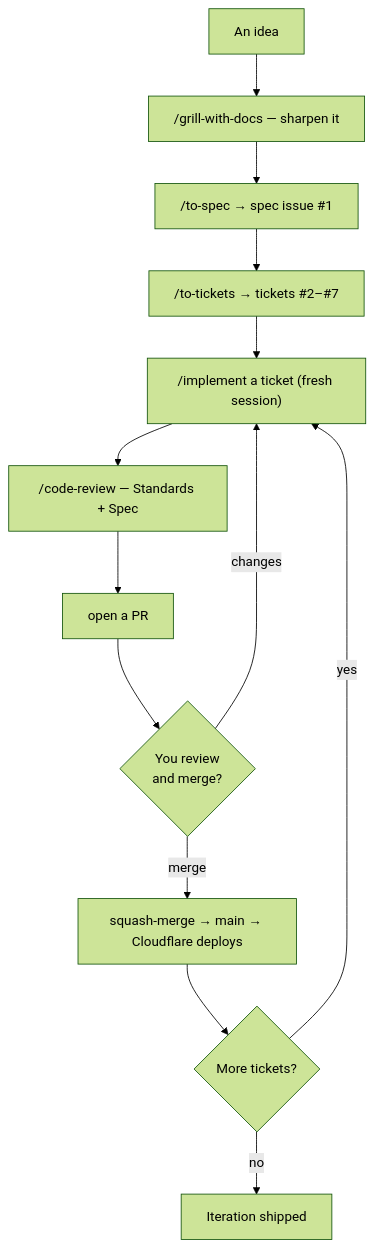
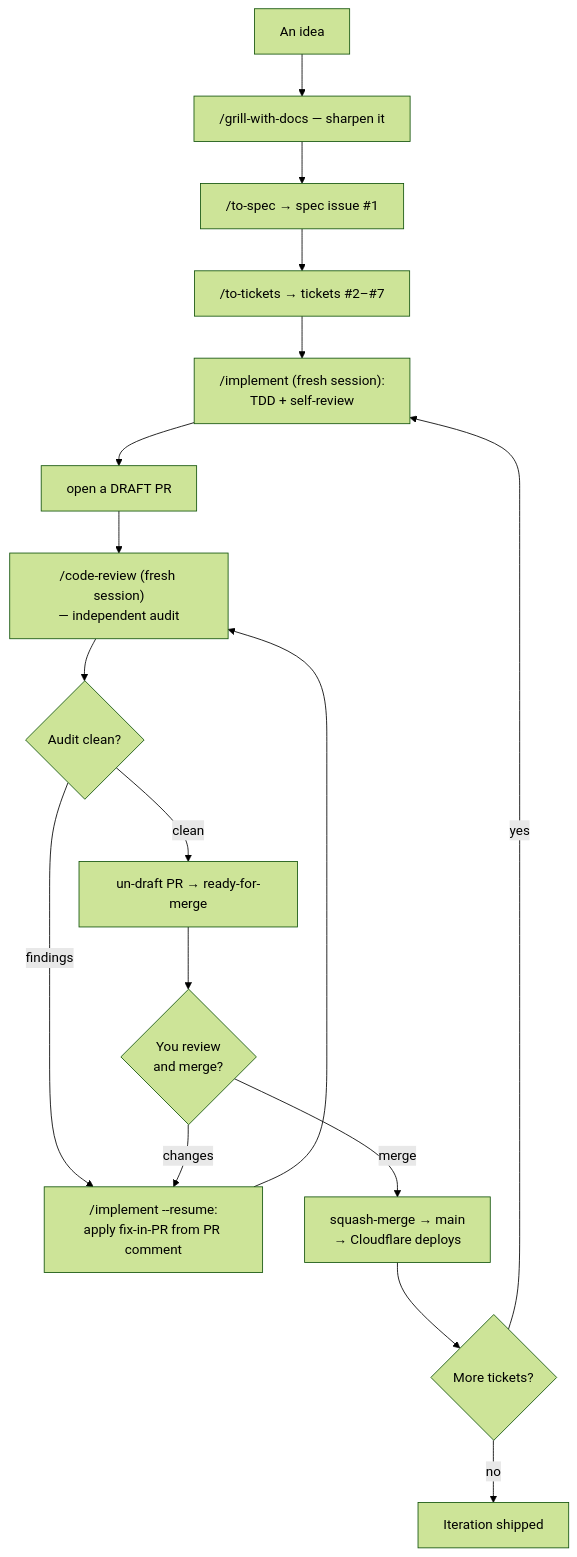
One commit to tediscript/wordflare changed the first of 2 diagrams in README.md. Above: the diagram before and after it, drawn with Mermaid (forest theme). The commit also changed other lines of this file and 1 other file, not shown here.

First line of the commit message:
docs: document the /code-review maker-checker loop (#12)

````diff
--- a/README.md
+++ b/README.md
@@ -17,15 +17,19 @@
 ```mermaid
 flowchart TD
   A["An idea"] --> B["/grill-with-docs — sharpen it"]
   B --> C["/to-spec  →  spec issue #1"]
   C --> D["/to-tickets  →  tickets #2–#7"]
-  D --> E["/implement a ticket (fresh session)"]
-  E --> F["/code-review — Standards + Spec"]
-  F --> G["open a PR"]
-  G --> H{"You review<br/>and merge?"}
-  H -->|changes| E
-  H -->|merge| I["squash-merge → main → Cloudflare deploys"]
+  D --> E["/implement (fresh session):<br/>TDD + self-review"]
+  E --> F["open a DRAFT PR"]
+  F --> G["/code-review (fresh session)<br/>— independent audit"]
+  G --> H{"Audit clean?"}
+  H -->|findings| R["/implement --resume:<br/>apply fix-in-PR from PR comment"]
+  R --> G
+  H -->|clean| M["un-draft PR → ready-for-merge"]
+  M --> Y{"You review<br/>and merge?"}
+  Y -->|changes| R
+  Y -->|merge| I["squash-merge → main<br/>→ Cloudflare deploys"]
   I --> J{"More tickets?"}
   J -->|yes| E
   J -->|no| K["Iteration shipped"]
 ```
````
